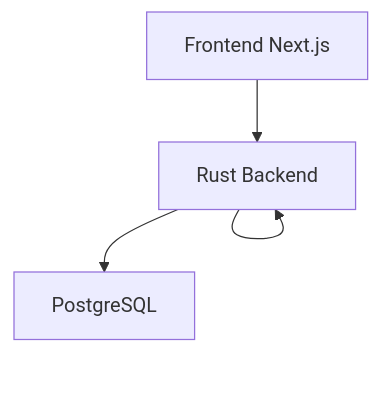
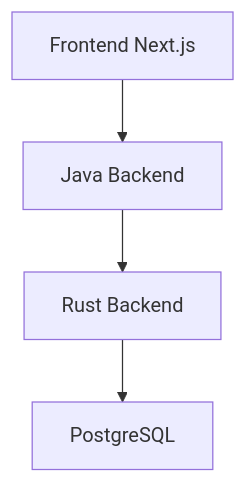
Before and after one commit to advprog-2026-A14-project/yomu-docs: the first of 3 diagrams in README.md, drawn with Mermaid. The commit also changed other lines of this file, not shown here.

Commit message:
1A. The current architecture of the group A14, the deployment diagram

````diff
--- a/README.md
+++ b/README.md
@@ -154,5 +152,5 @@
 ```mermaid
 graph TD
     A[Frontend Next.js] --> B[Java Backend]
-    B --> B[Rust Backend] --> C[PostgreSQL]
+    B --> C[Rust Backend] --> D[PostgreSQL]
 ```
````
